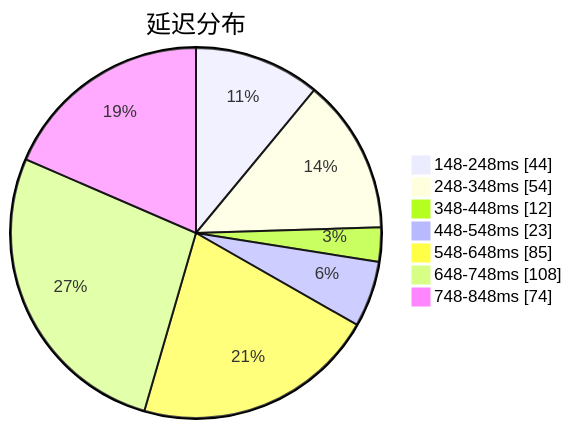
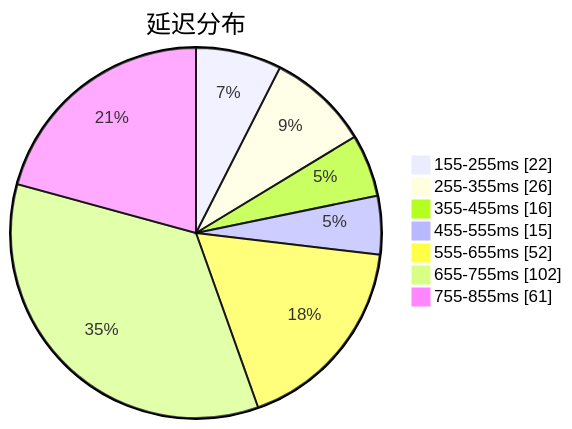
Before and after one commit to qjlxg/airport: the first of 3 diagrams in subs/statistics/tested_within.md, drawn with Mermaid. The commit also changed other lines of this file and 2 other files, not shown here.

````diff
--- a/subs/statistics/tested_within.md
+++ b/subs/statistics/tested_within.md
@@ -2,11 +2,11 @@
 ```mermaid
 pie showData
 title 延迟分布
-"148-248ms" : 44
-"248-348ms" : 54
-"348-448ms" : 12
-"448-548ms" : 23
-"548-648ms" : 85
-"648-748ms" : 108
-"748-848ms" : 74
+"155-255ms" : 22
+"255-355ms" : 26
+"355-455ms" : 16
+"455-555ms" : 15
+"555-655ms" : 52
+"655-755ms" : 102
+"755-855ms" : 61
 ```
````
